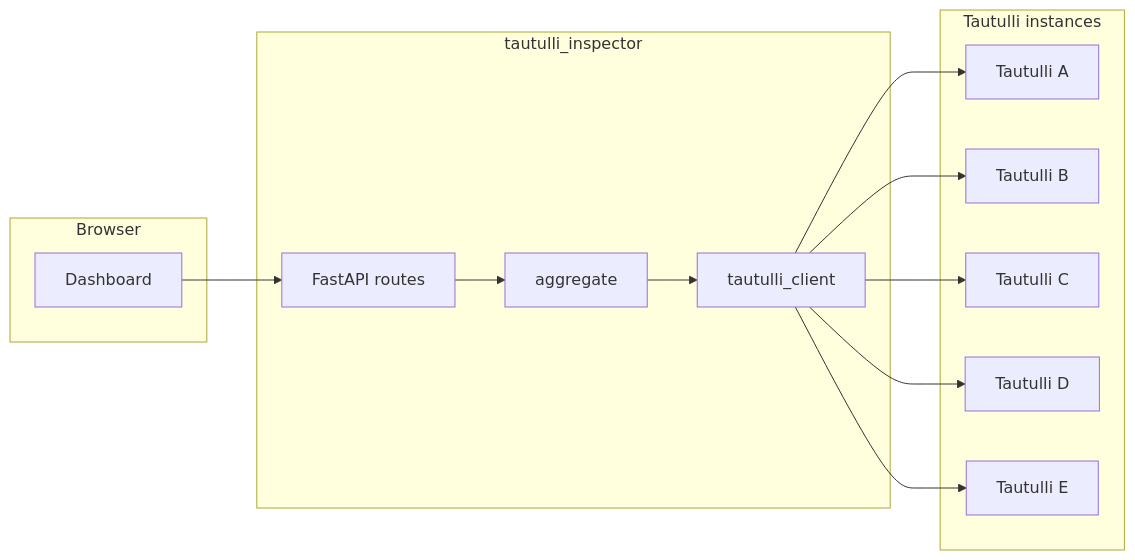
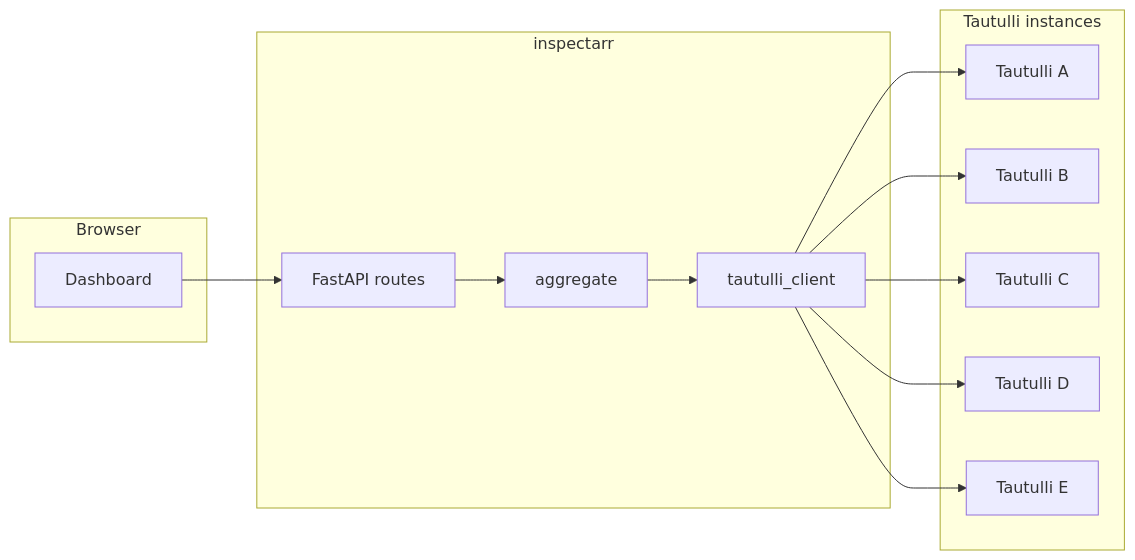
One commit to HackshackLabs/Inspectarr changed the diagram in docs/ARCHITECTURE.md. Above: the diagram before and after it, drawn with Mermaid. The commit also changed other lines of this file and 59 other files, not shown here.

First line of the commit message:
Rename Python package tautulli_inspector to inspectarr.

````diff
--- a/docs/ARCHITECTURE.md
+++ b/docs/ARCHITECTURE.md
@@ -49,26 +49,26 @@
 ```mermaid
 flowchart LR
   subgraph browser [Browser]
     UI[Dashboard]
   end
-  subgraph app [tautulli_inspector]
+  subgraph app [inspectarr]
     API[FastAPI routes]
     Agg[aggregate]
     Client[tautulli_client]
   end
   subgraph remote [Tautulli instances]
     T1[Tautulli A]
     T2[Tautulli B]
     T3[Tautulli C]
     T4[Tautulli D]
     T5[Tautulli E]
   end
   UI --> API
   API --> Agg
   Agg --> Client
   Client --> T1
   Client --> T2
   Client --> T3
   Client --> T4
   Client --> T5
 ```
````
